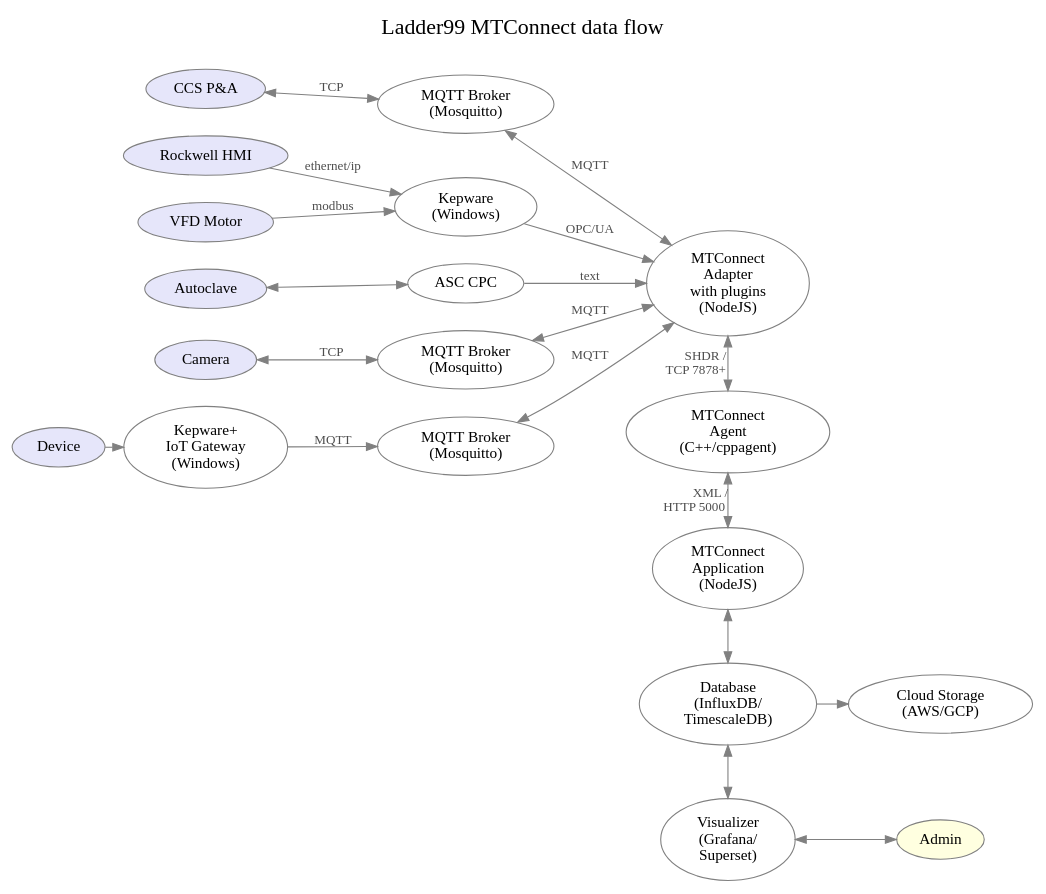
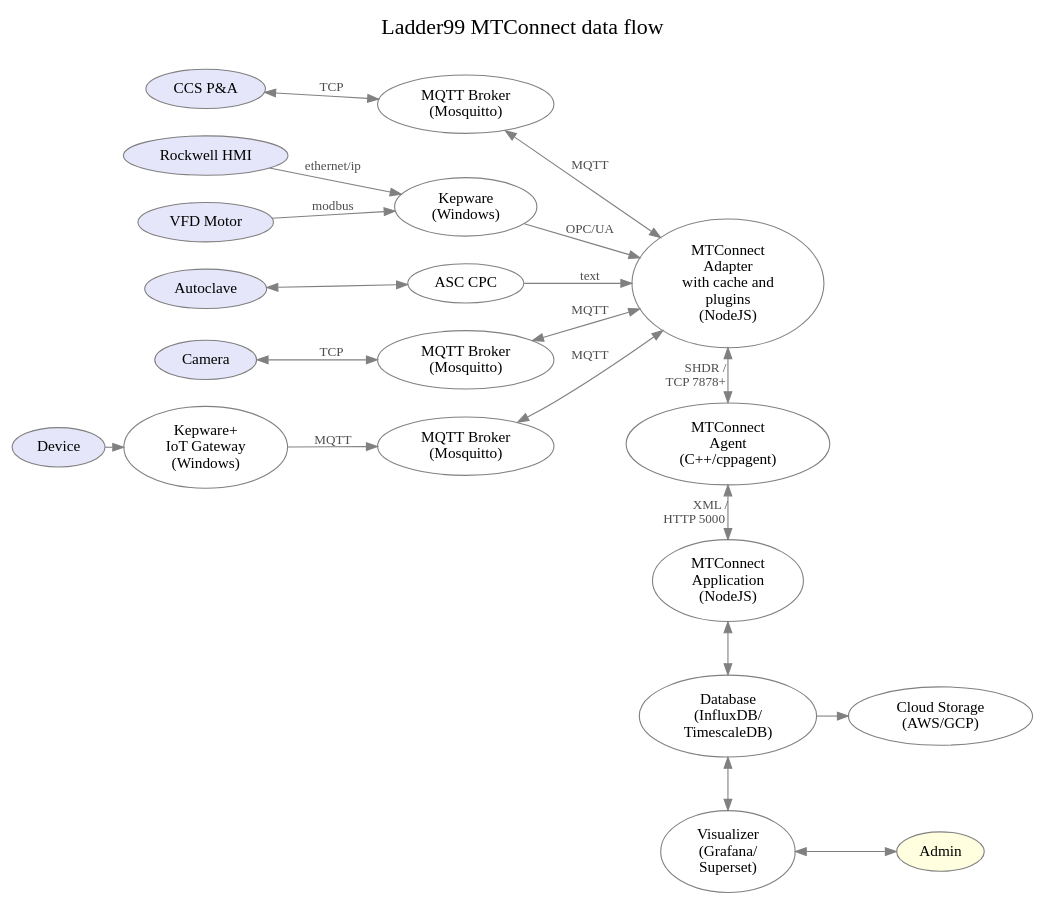
The diagram in design/architecture.dot (Ladder99/ladder99), drawn with Graphviz before and after one commit.

```diff
--- a/design/architecture.dot
+++ b/design/architecture.dot
@@ -1,79 +1,79 @@
 digraph "ladder99-adapter" {
 
   // styles
   graph [ label="Ladder99 MTConnect data flow\n "; color=lightgray; ];
   graph [ fontsize=20 ];
   graph [ labelloc=t ];
   graph [ ranksep=0.2 ];
   graph [ nodesep=0.35 ];
   graph [ rankdir=LR; ] // left-to-right
   node [ color=gray; fillcolor=white; style=filled ];
   edge [ color=gray ];
   edge [ fontsize=12; fontcolor=gray30; ];
 
   // nodes
   PA [ fillcolor=lavender; label="CCS P&A" ];
   HMI [ fillcolor=lavender; label="Rockwell HMI" ];
   Motor [ fillcolor=lavender; label="VFD Motor" ];
   OldMachine3 [ fillcolor=lavender; label="Device" ];
   Camera [ fillcolor=lavender; label="Camera" ];
   Kepware1 [ label="Kepware\n(Windows)"];
   Kepware2 [ label="Kepware+\nIoT Gateway\n(Windows)"];
   Autoclave [ label="Autoclave", fillcolor=lavender ];
   CPC [ label="ASC CPC" ];
   Broker1 [ label="MQTT Broker\n(Mosquitto)" ];
   Broker3 [ label="MQTT Broker\n(Mosquitto)" ];
   Broker4 [ label="MQTT Broker\n(Mosquitto)" ];
   // OldMachine1 [ fillcolor=lavender; label="Old Machine 1" ];
   // PLC4X [ label="PLC4X\n(Java)" ];
 
-  Adapter [ label="MTConnect\nAdapter\nwith plugins\n(NodeJS)" ];
+  Adapter [ label="MTConnect\nAdapter\nwith cache and\nplugins\n(NodeJS)" ];
   // DiodeSender [ label="Diode Sender\n(Java+RabbitMQ)" ];
   // DiodeReceiver [ label="Diode Receiver\n(Java+RabbitMQ)" ];
 
   Agent [ label="MTConnect\nAgent\n(C++/cppagent)" ];
   Application [ label="MTConnect\nApplication\n(NodeJS)" ];
   Database [ label="Database\n(InfluxDB/\nTimescaleDB)" ];
   Visualizer [ label="Visualizer\n(Grafana/\nSuperset)" ];
   Cloud [ label="Cloud Storage\n(AWS/GCP)" ];
   Admin [ fillcolor=lightyellow ];
   // LOI [ label="LOI\n(SvelteJS)" ];
   // Operator [ fillcolor=lightyellow ];
 
   // edges
   PA -> Broker1 [ label="  TCP  ", dir=both ];
   Camera -> Broker3 [ label="  TCP  ", dir=both ];
   Autoclave -> CPC [ dir=both ];
   Broker1 -> Adapter [ label="MQTT", dir=both ];
   Broker3 -> Adapter [ label="MQTT", dir=both ];
   Broker4 -> Adapter [ label="MQTT", dir=both ];
   // OldMachine1 -> PLC4X; // [ label="proprietary\nprotocol" ];
   // PLC4X -> Broker3 [ label="" ];
   HMI -> Kepware1 [ label="ethernet/ip" ];
   Motor -> Kepware1 [ label="modbus" ];
   Kepware1 -> Adapter [ label="OPC/UA" ];
   // Kepware2 -> Gateway;
   CPC -> Adapter [ label="text" ];
   // Gateway -> Broker4 [ label="MQTT" ];
   OldMachine3 -> Kepware2;
   Kepware2 -> Broker4 [ label="MQTT" ];
   
   Adapter -> Agent [ label="SHDR /   \nTCP 7878+         ", dir=both ];
 
   // Adapter -> DiodeSender [ label="SHDR /   \nTCP 7878      ", dir=both, style=dotted ];
   // DiodeSender -> DiodeReceiver [ label="UDP    ", style=dotted ];
   // DiodeReceiver -> Agent [ label="SHDR /    \nTCP 7878        ", style=dotted ];
   
   Agent -> Application [ dir=both; label="XML / \nHTTP 5000          " ];
   Application -> Database [ dir=both ];
   Database -> Visualizer [ dir=both ];
   Database -> Cloud;
   Visualizer -> Admin [ dir=both ];
   // Application -> LOI;
   // LOI -> Operator;
 
   // rank
   { rank=same; Adapter Agent Application Database Visualizer };
   // { rank=same; DiodeSender DiodeReceiver Cloud Admin };
   { rank=same; Cloud Admin };
 }
```
